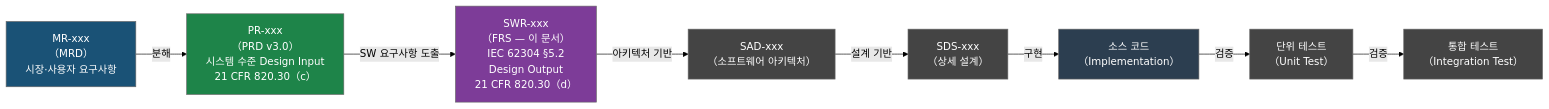
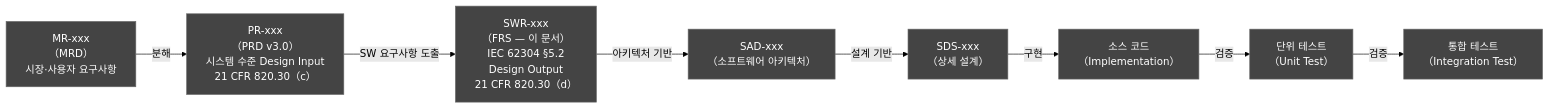
Before and after one commit to holee9/console-gui: the first of 8 diagrams in docs/planning/DOC-004_FRS_v2.0.md, drawn with Mermaid (forest theme). The commit also changed other lines of this file and 35 other files, not shown here.

First line of the commit message:
fix: 전체 Mermaid 차트 색상 진한 회색 통일

````diff
--- a/docs/planning/DOC-004_FRS_v2.0.md
+++ b/docs/planning/DOC-004_FRS_v2.0.md
@@ -71,25 +71,25 @@
 ```mermaid
 flowchart LR
     MR["MR-xxx\n（MRD）\n시장·사용자 요구사항"]
     PR["PR-xxx\n（PRD v3.0）\n시스템 수준 Design Input\n21 CFR 820.30（c）"]
     SWR["SWR-xxx\n（FRS — 이 문서）\nIEC 62304 §5.2\nDesign Output\n21 CFR 820.30（d）"]
     SAD["SAD-xxx\n（소프트웨어 아키텍처）"]
     SDS["SDS-xxx\n（상세 설계）"]
     CODE["소스 코드\n（Implementation）"]
     UT["단위 테스트\n（Unit Test）"]
     IT["통합 테스트\n（Integration Test）"]
 
     MR -->|"분해"| PR
     PR -->|"SW 요구사항 도출"| SWR
     SWR -->|"아키텍처 기반"| SAD
     SAD -->|"설계 기반"| SDS
     SDS -->|"구현"| CODE
     CODE -->|"검증"| UT
     UT -->|"검증"| IT
 
     classDef default fill:#444,stroke:#666,color:#fff
-    style SWR fill:#7d3c98,color:#fff
-    style PR fill:#1e8449,color:#fff
-    style MR fill:#1a5276,color:#fff
-    style CODE fill:#2c3e50,color:#fff
+    style SWR fill:#444,color:#fff
+    style PR fill:#444,color:#fff
+    style MR fill:#444,color:#fff
+    style CODE fill:#444,color:#fff
 ```
````
